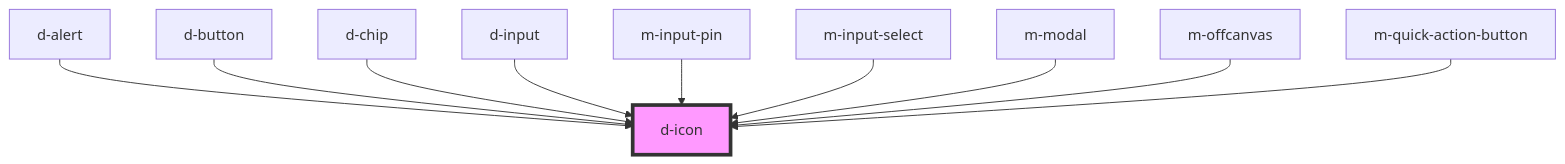
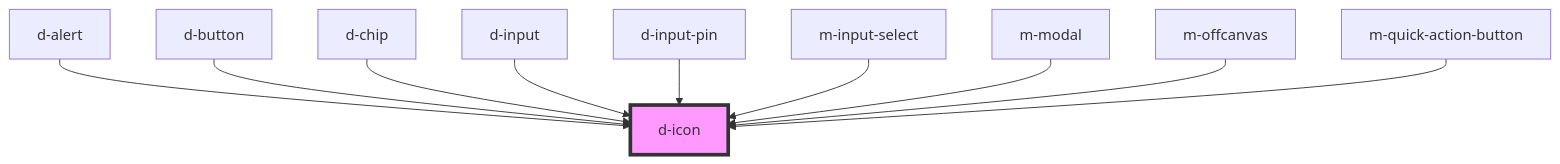
The diagram in libraries/dynamic-ui/src/components/d-icon/readme.md (dynamic-framework/dynamic-ui), drawn with Mermaid before and after one commit. The commit also changed other lines of this file and 18 other files, not shown here.

Commit message:
feat: update input-pin name and aquick-action-check classes

````diff
--- a/libraries/dynamic-ui/src/components/d-icon/readme.md
+++ b/libraries/dynamic-ui/src/components/d-icon/readme.md
@@ -41,13 +41,13 @@
 ```mermaid
 graph TD;
   d-alert --> d-icon
   d-button --> d-icon
   d-chip --> d-icon
   d-input --> d-icon
-  m-input-pin --> d-icon
+  d-input-pin --> d-icon
   m-input-select --> d-icon
   m-modal --> d-icon
   m-offcanvas --> d-icon
   m-quick-action-button --> d-icon
   style d-icon fill:#f9f,stroke:#333,stroke-width:4px
 ```
````
